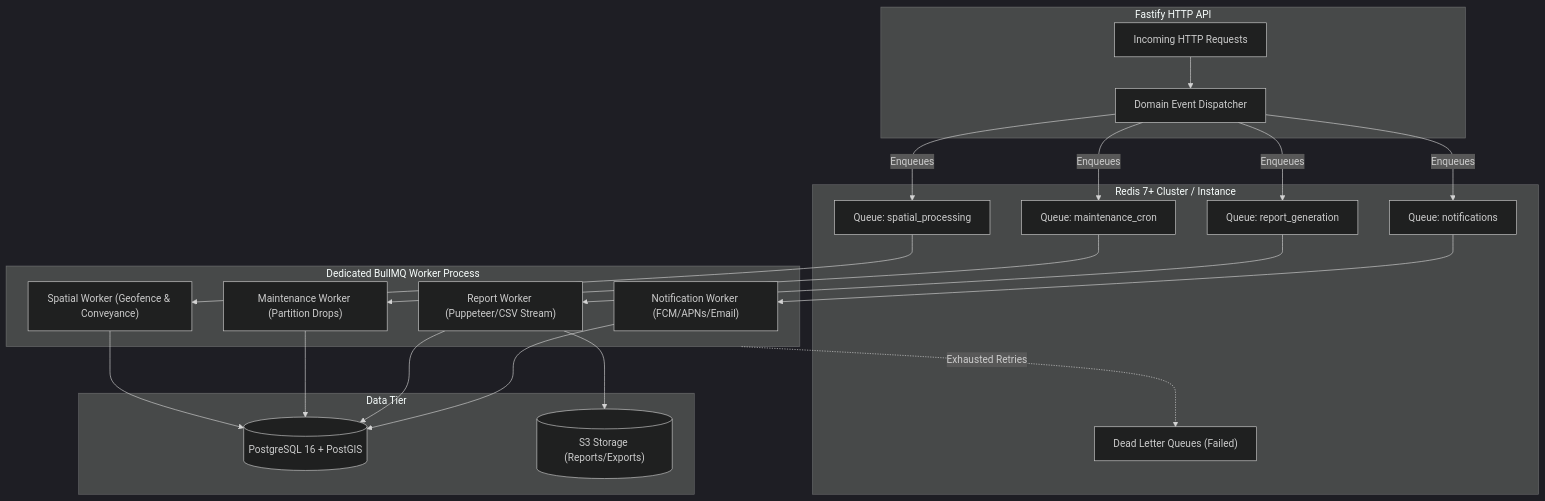
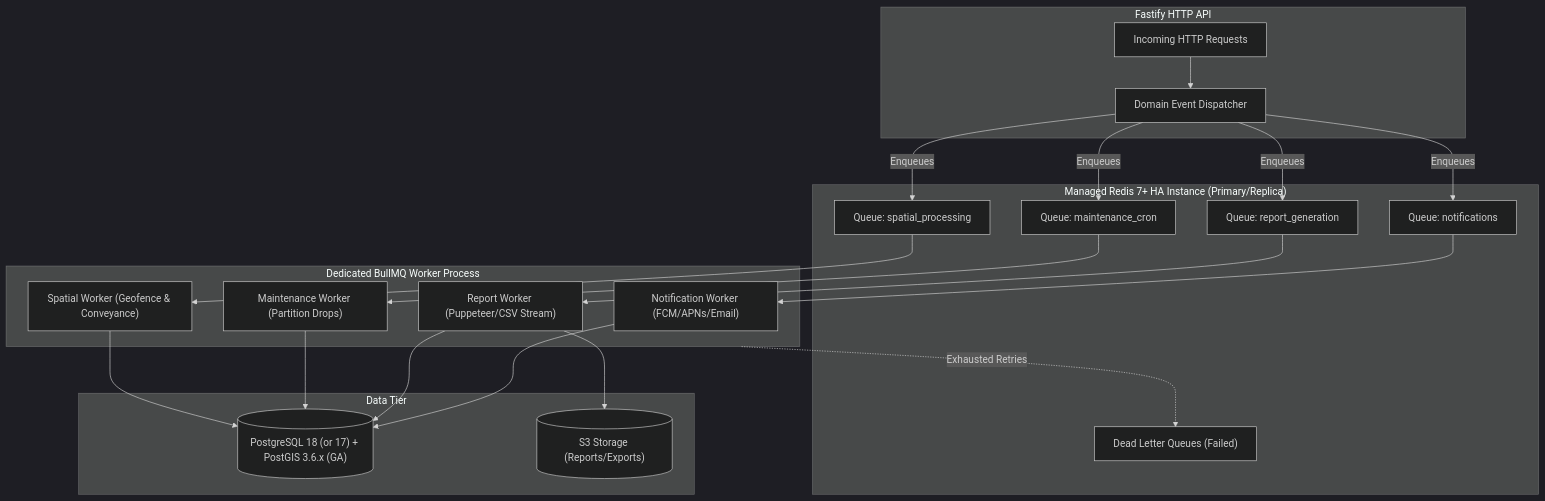
Before and after one commit to djsushilkumar/oprino: the diagram in docs/architecture/ADR-014-background-jobs.md, drawn with Mermaid (dark theme). The commit also changed other lines of this file and 151 other files, not shown here.

Commit message:
chore: freeze Flutter architecture and Phase 01B baseline

````diff
--- a/docs/architecture/ADR-014-background-jobs.md
+++ b/docs/architecture/ADR-014-background-jobs.md
@@ -81,39 +81,39 @@
 ```mermaid
 flowchart TD
     subgraph APISurface["Fastify HTTP API"]
         HTTP["Incoming HTTP Requests"]
         EMIT["Domain Event Dispatcher"]
     end
 
-    subgraph RedisBroker["Redis 7+ Cluster / Instance"]
+    subgraph RedisBroker["Managed Redis 7+ HA Instance (Primary/Replica)"]
         Q_NOTIF["Queue: notifications"]
         Q_REPORTS["Queue: report_generation"]
         Q_MAINT["Queue: maintenance_cron"]
         Q_GEO["Queue: spatial_processing"]
         DLQ["Dead Letter Queues (Failed)"]
     end
 
     subgraph WorkerPool["Dedicated BullMQ Worker Process"]
         W_NOTIF["Notification Worker (FCM/APNs/Email)"]
         W_REPORTS["Report Worker (Puppeteer/CSV Stream)"]
         W_MAINT["Maintenance Worker (Partition Drops)"]
         W_GEO["Spatial Worker (Geofence & Conveyance)"]
     end
 
     subgraph DataTier["Data Tier"]
-        PG[("PostgreSQL 16 + PostGIS")]
+        PG[("PostgreSQL 18 (or 17) + PostGIS 3.6.x (GA)")]
         S3[("S3 Storage (Reports/Exports)")]
     end
 
     HTTP --> EMIT
     EMIT -->|Enqueues| Q_NOTIF & Q_REPORTS & Q_MAINT & Q_GEO
     Q_NOTIF --> W_NOTIF
     Q_REPORTS --> W_REPORTS
     Q_MAINT --> W_MAINT
     Q_GEO --> W_GEO
     W_NOTIF --> PG
     W_REPORTS --> S3 & PG
     W_MAINT --> PG
     W_GEO --> PG
     WorkerPool -.->|Exhausted Retries| DLQ
 ```
````
